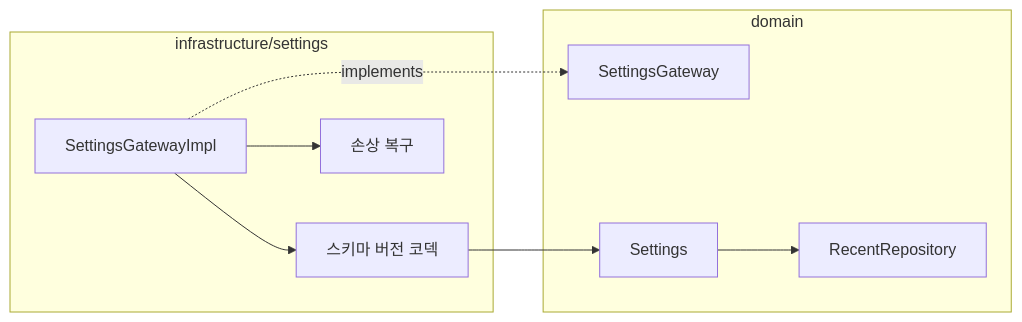
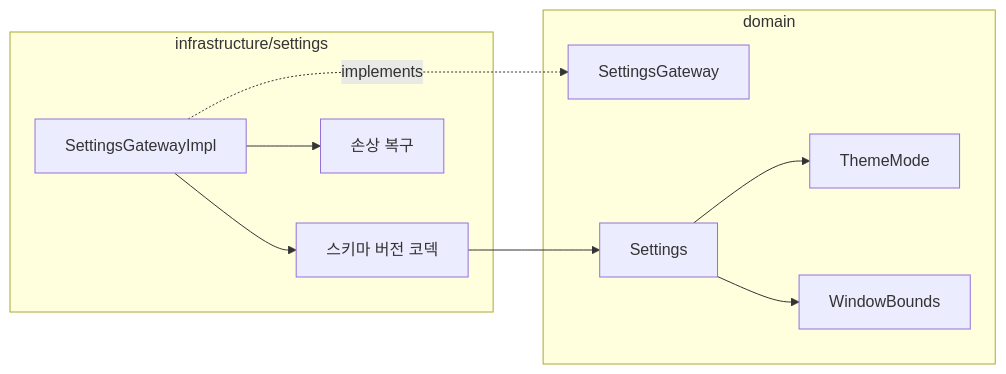
The second of 2 diagrams in tickets/UND-11-app-settings-persistence.md (biuea3866/gitkraken-clone-app), drawn with Mermaid before and after one commit. The commit also changed other lines of this file and 9 other files, not shown here.

````diff
--- a/tickets/UND-11-app-settings-persistence.md
+++ b/tickets/UND-11-app-settings-persistence.md
@@ -50,18 +59,20 @@
 ```mermaid
 flowchart LR
     subgraph domain
         SG[SettingsGateway]
         Settings[Settings]
-        Recent[RecentRepository]
+        Theme[ThemeMode]
+        Bounds[WindowBounds]
     end
     subgraph infra["infrastructure/settings"]
         Impl[SettingsGatewayImpl]
         Codec[스키마 버전 코덱]
         Recover[손상 복구]
     end
     Impl -.->|implements| SG
     Impl --> Codec
     Impl --> Recover
     Codec --> Settings
-    Settings --> Recent
+    Settings --> Theme
+    Settings --> Bounds
 ```
````
